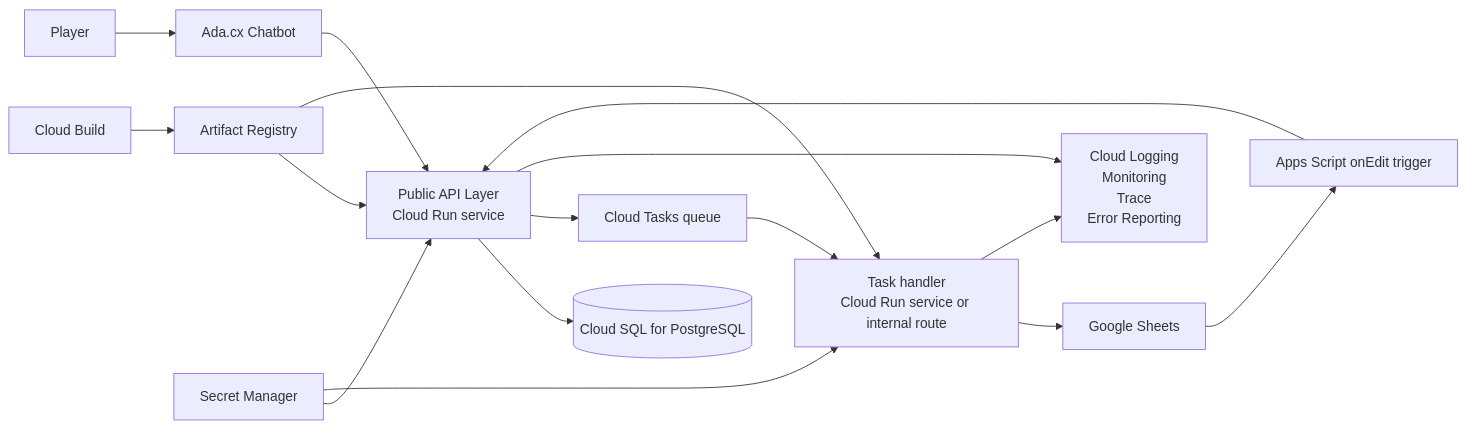
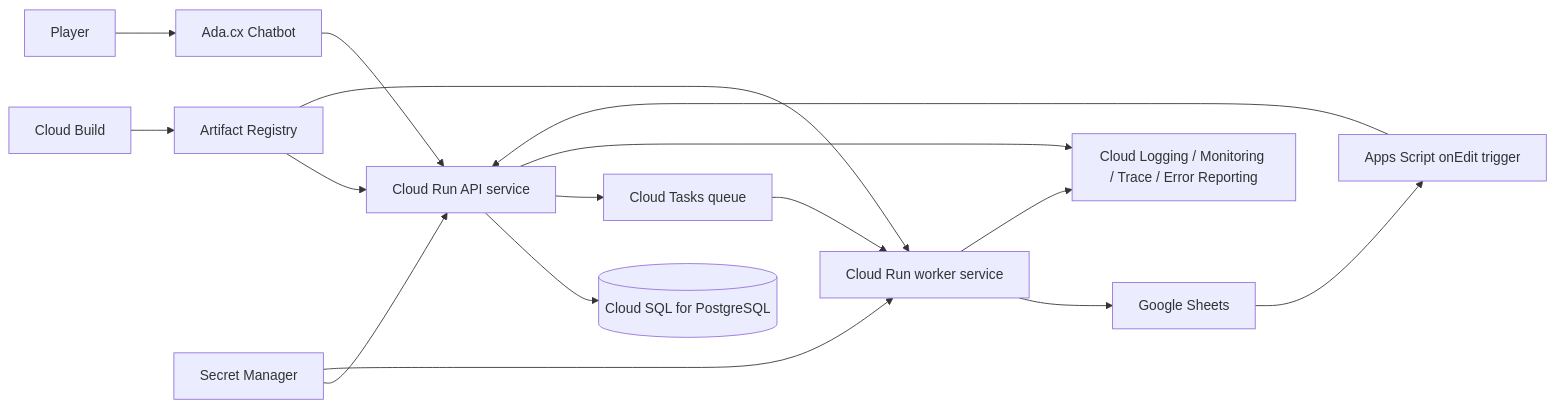
One commit to BatuhanYilmaz26/GoogleADK-HITL changed the diagram in docs/google_cloud_enterprise_migration_guide.md. Above: the diagram before and after it, drawn with Mermaid. The commit also changed other lines of this file, not shown here.

Commit message:
Updated Google Cloud guide

````diff
--- a/docs/google_cloud_enterprise_migration_guide.md
+++ b/docs/google_cloud_enterprise_migration_guide.md
@@ -63,23 +61,23 @@
 ```mermaid
 flowchart LR
-    P[Player] --> ADA[Ada.cx Chatbot]
-    ADA --> API[Public API Layer\nCloud Run service]
+        P[Player] --> ADA[Ada.cx Chatbot]
+        ADA --> API[Cloud Run API service]
 
-    API --> DB[(Cloud SQL for PostgreSQL)]
-    API --> TASKS[Cloud Tasks queue]
-    TASKS --> WORKER[Task handler\nCloud Run service or internal route]
+        API --> DB[(Cloud SQL for PostgreSQL)]
+        API --> TASKS[Cloud Tasks queue]
+        TASKS --> WORKER[Cloud Run worker service]
 
-    WORKER --> SHEETS[Google Sheets]
-    SHEETS --> APPS[Apps Script onEdit trigger]
-    APPS --> API
+        WORKER --> SHEETS[Google Sheets]
+        SHEETS --> APPS[Apps Script onEdit trigger]
+        APPS --> API
 
-    API --> OBS[Cloud Logging\nMonitoring\nTrace\nError Reporting]
-    WORKER --> OBS
+        API --> OBS[Cloud Logging / Monitoring / Trace / Error Reporting]
+        WORKER --> OBS
 
-    BUILD[Cloud Build] --> AR[Artifact Registry]
-    AR --> API
-    AR --> WORKER
+        BUILD[Cloud Build] --> AR[Artifact Registry]
+        AR --> API
+        AR --> WORKER
 
-    SEC[Secret Manager] --> API
-    SEC --> WORKER
+        SEC[Secret Manager] --> API
+        SEC --> WORKER
 ```
````
